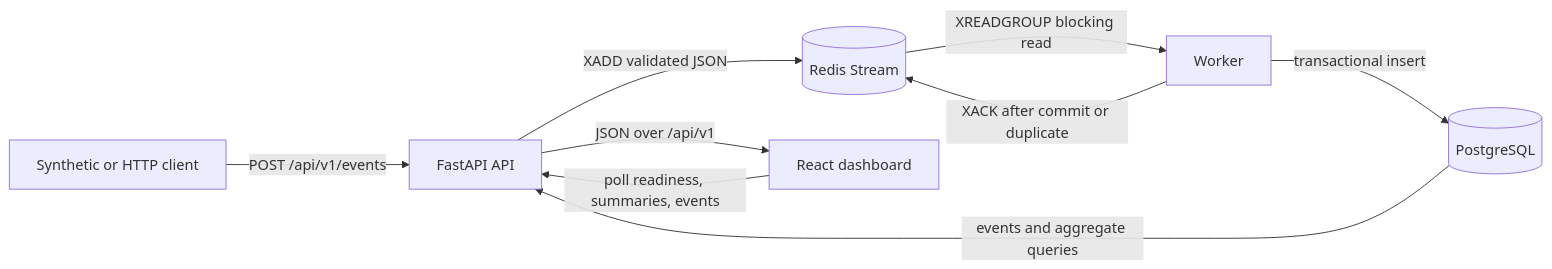
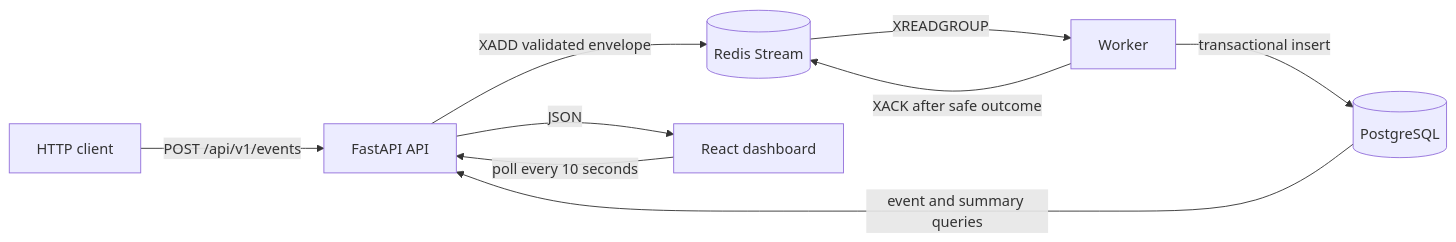
The first of 2 diagrams in docs/architecture.md (hamzaAhmed21st/eventstream), drawn with Mermaid before and after one commit. The commit also changed other lines of this file and 7 other files, not shown here.

Commit message:
docs: consolidate MVP architecture and usage

````diff
--- a/docs/architecture.md
+++ b/docs/architecture.md
@@ -5,11 +5,11 @@
 ```mermaid
 flowchart LR
-    C[Synthetic or HTTP client] -->|POST /api/v1/events| A[FastAPI API]
-    A -->|XADD validated JSON| R[(Redis Stream)]
-    R -->|XREADGROUP blocking read| W[Worker]
+    C[HTTP client] -->|POST /api/v1/events| A[FastAPI API]
+    A -->|XADD validated envelope| R[(Redis Stream)]
+    R -->|XREADGROUP| W[Worker]
     W -->|transactional insert| P[(PostgreSQL)]
-    W -->|XACK after commit or duplicate| R
-    P -->|events and aggregate queries| A
-    A -->|JSON over /api/v1| D[React dashboard]
-    D -->|poll readiness, summaries, events| A
+    W -->|XACK after safe outcome| R
+    P -->|event and summary queries| A
+    A -->|JSON| D[React dashboard]
+    D -->|poll every 10 seconds| A
 ```
````
